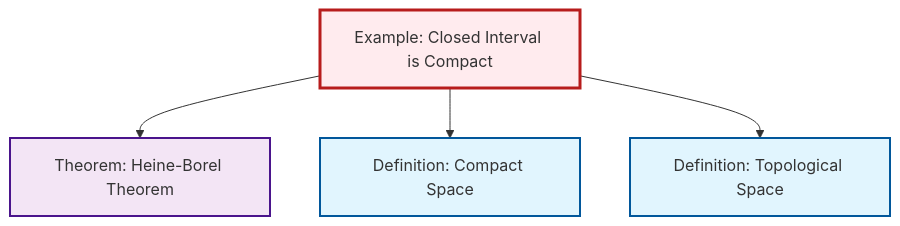
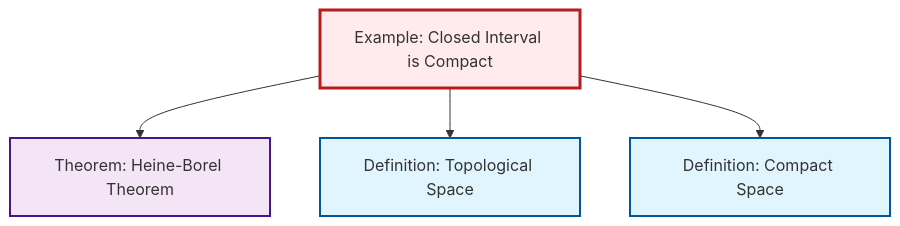
One commit to RK0429/ModernMath changed the diagram in output/mermaid/ex-closed-interval-compact.mermaid. Above: the diagram before and after it, drawn with Mermaid. The commit also changed other lines of this file and 360 other files, not shown here.

```diff
--- a/output/mermaid/ex-closed-interval-compact.mermaid
+++ b/output/mermaid/ex-closed-interval-compact.mermaid
@@ -1,15 +1,15 @@
 %%| fig-cap: "Local dependency graph"
 graph TD
     classDef definition fill:#e1f5fe,stroke:#01579b,stroke-width:2px
     classDef theorem fill:#f3e5f5,stroke:#4a148c,stroke-width:2px
     classDef axiom fill:#fff3e0,stroke:#e65100,stroke-width:2px
     classDef example fill:#e8f5e9,stroke:#1b5e20,stroke-width:2px
     classDef current fill:#ffebee,stroke:#b71c1c,stroke-width:3px
+    ex-closed-interval-compact["Example: Closed Interval is Compact"]:::example
     def-compact["Definition: Compact Space"]:::definition
-    ex-closed-interval-compact["Example: Closed Interval is Compact"]:::example
+    def-topological-space["Definition: Topological Space"]:::definition
     thm-heine-borel["Theorem: Heine-Borel Theorem"]:::theorem
-    def-topological-space["Definition: Topological Space"]:::definition
     ex-closed-interval-compact --> thm-heine-borel
+    ex-closed-interval-compact --> def-topological-space
     ex-closed-interval-compact --> def-compact
-    ex-closed-interval-compact --> def-topological-space
     class ex-closed-interval-compact current
```
